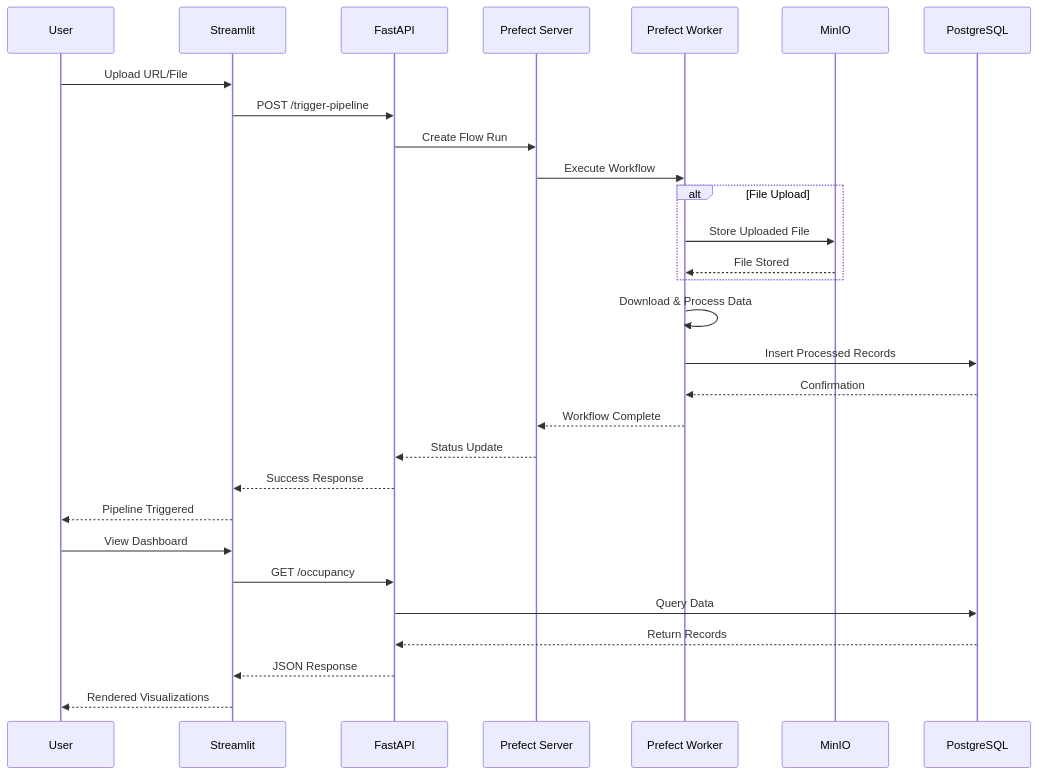
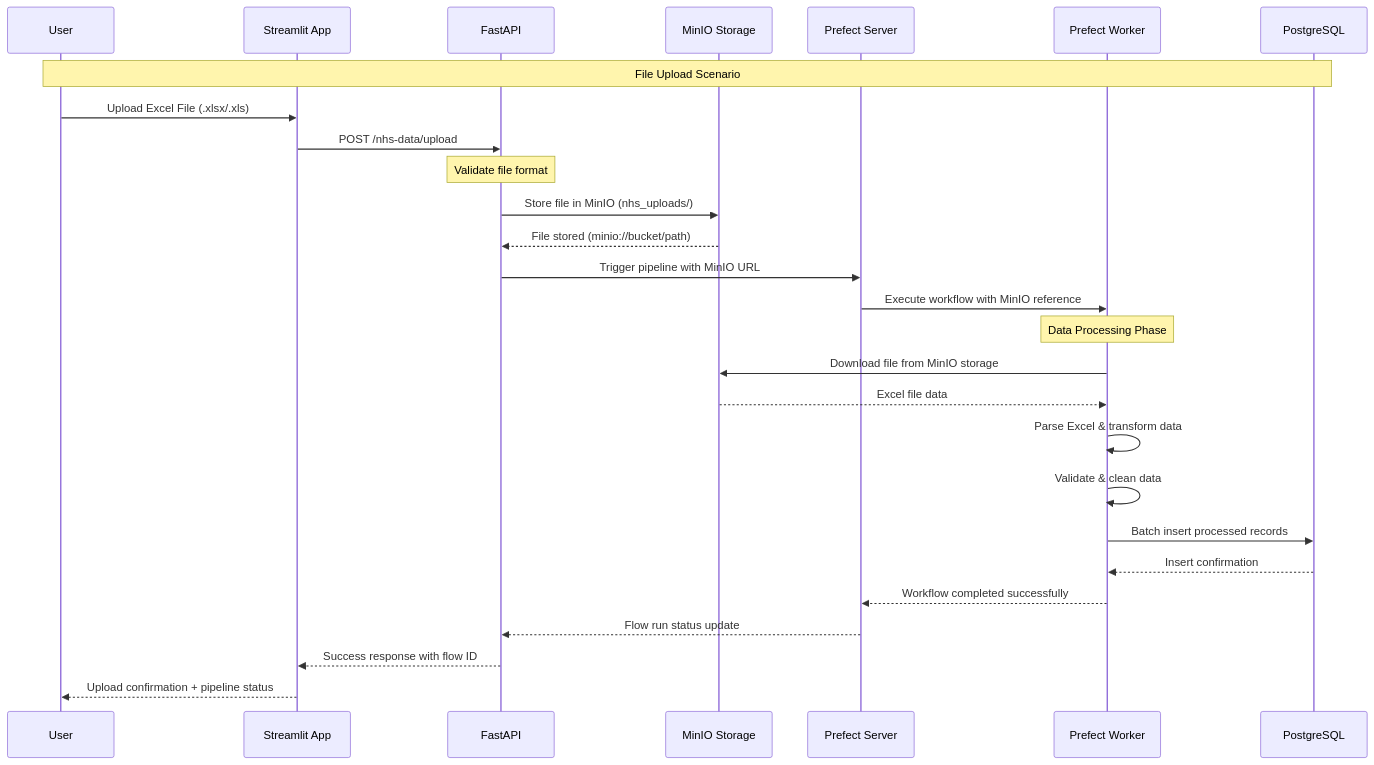
Before and after one commit to ZohraB612/de_pipeline: the second of 4 diagrams in TECHNICAL_DOCUMENTATION.md, drawn with Mermaid. The commit also changed other lines of this file, not shown here.

First line of the commit message:
Update technical documentation with verified MinIO-centric data flow

````diff
--- a/TECHNICAL_DOCUMENTATION.md
+++ b/TECHNICAL_DOCUMENTATION.md
@@ -241,35 +352,31 @@
 ```mermaid
 sequenceDiagram
     participant U as User
-    participant S as Streamlit
+    participant S as Streamlit App
     participant API as FastAPI
+    participant M as MinIO Storage
     participant PS as Prefect Server
     participant PW as Prefect Worker
-    participant M as MinIO
     participant DB as PostgreSQL
+
+    Note over U,DB: File Upload Scenario
+    U->>S: Upload Excel File (.xlsx/.xls)
+    S->>API: POST /nhs-data/upload
+    Note over API: Validate file format
+    API->>M: Store file in MinIO (nhs_uploads/)
+    M-->>API: File stored (minio://bucket/path)
+    API->>PS: Trigger pipeline with MinIO URL
+    PS->>PW: Execute workflow with MinIO reference
     
-    U->>S: Upload URL/File
-    S->>API: POST /trigger-pipeline
-    API->>PS: Create Flow Run
-    PS->>PW: Execute Workflow
-    
-    alt File Upload
-        PW->>M: Store Uploaded File
-        M-->>PW: File Stored
-    end
-    
-    PW->>PW: Download & Process Data
-    PW->>DB: Insert Processed Records
-    DB-->>PW: Confirmation
-    PW-->>PS: Workflow Complete
-    PS-->>API: Status Update
-    API-->>S: Success Response
-    S-->>U: Pipeline Triggered
-    
-    U->>S: View Dashboard
-    S->>API: GET /occupancy
-    API->>DB: Query Data
-    DB-->>API: Return Records
-    API-->>S: JSON Response
-    S-->>U: Rendered Visualizations
+    Note over PW: Data Processing Phase
+    PW->>M: Download file from MinIO storage
+    M-->>PW: Excel file data
+    PW->>PW: Parse Excel & transform data
+    PW->>PW: Validate & clean data
+    PW->>DB: Batch insert processed records
+    DB-->>PW: Insert confirmation
+    PW-->>PS: Workflow completed successfully
+    PS-->>API: Flow run status update
+    API-->>S: Success response with flow ID
+    S-->>U: Upload confirmation + pipeline status
 ```
````
